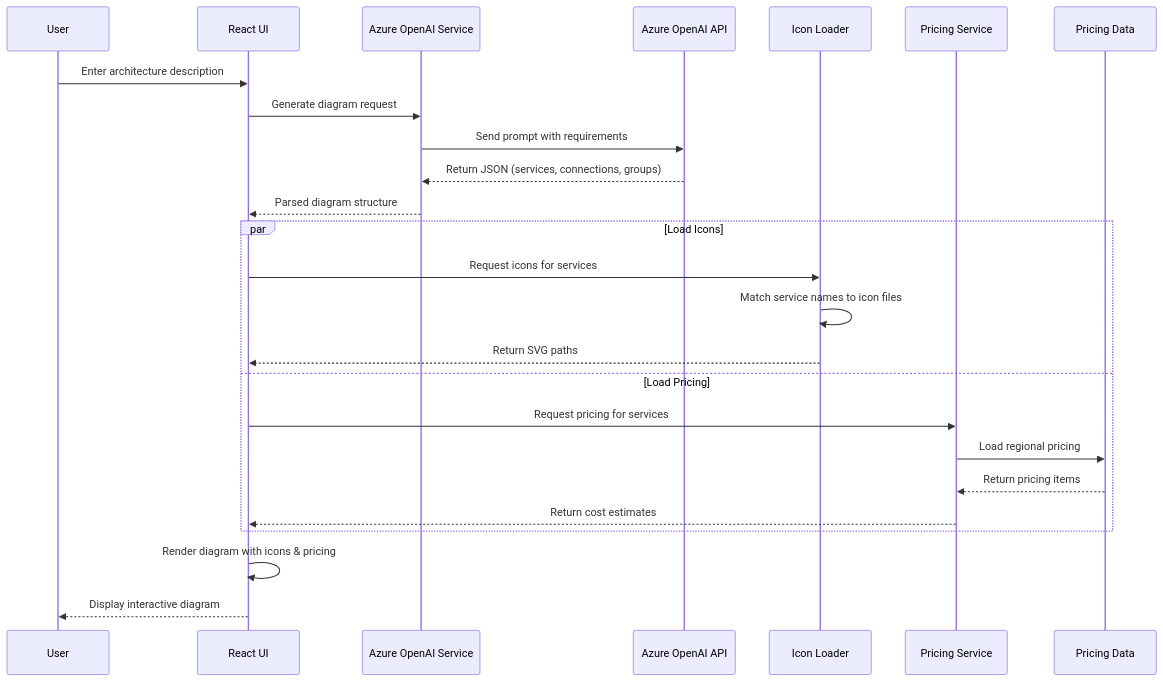
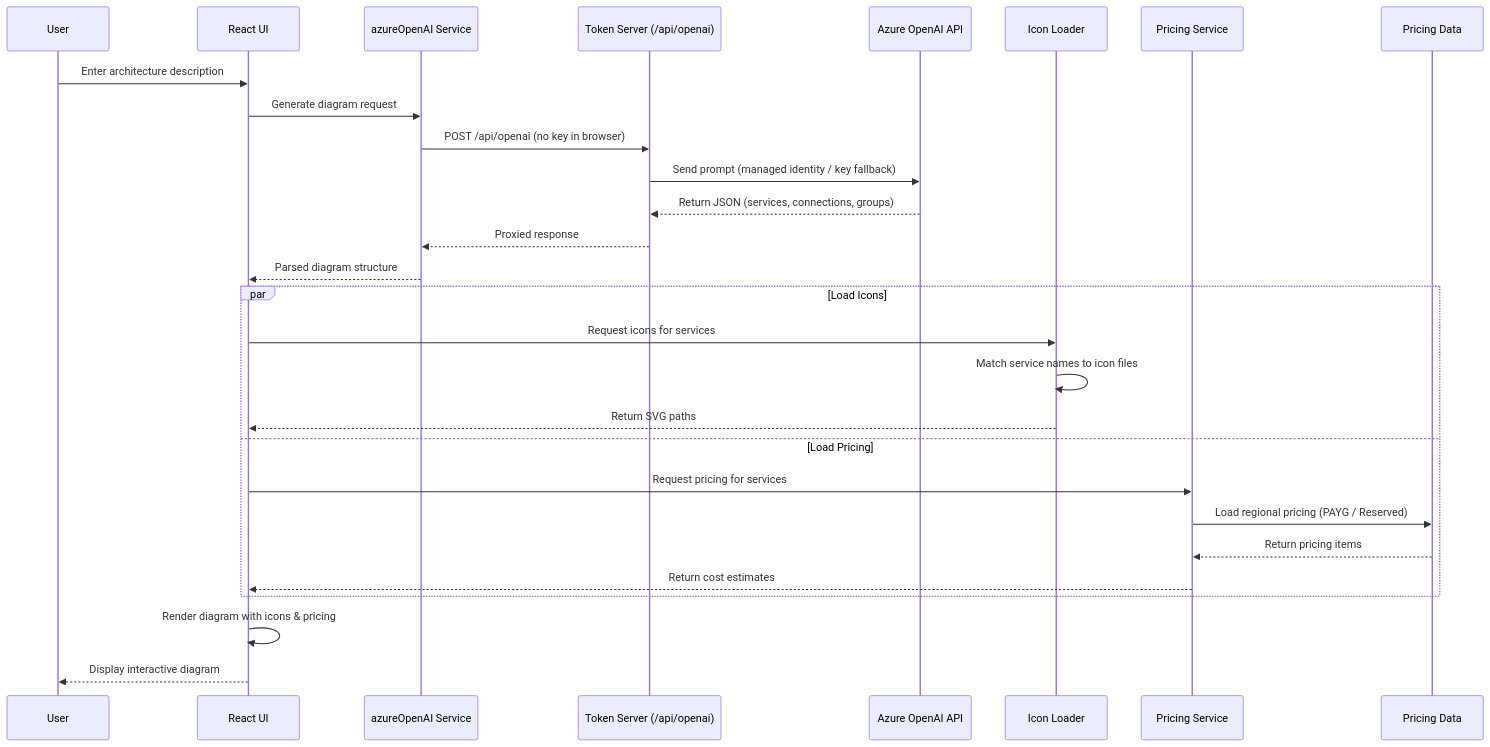
One commit to yang-jiayi/azure-architecture-diagram-builder changed the third of 5 diagrams in DOCS/ARCHITECTURE.md. Above: the diagram before and after it, drawn with Mermaid. The commit also changed other lines of this file, not shown here.

Commit message:
docs(architecture): server-proxy security model, MCP/Scout, Fabric, 12 models, 8 regions; fix stale mermaid + counts

````diff
--- a/DOCS/ARCHITECTURE.md
+++ b/DOCS/ARCHITECTURE.md
@@ -144,30 +178,33 @@
 ```mermaid
 sequenceDiagram
     participant User
     participant UI as React UI
-    participant AI as Azure OpenAI Service
+    participant AI as azureOpenAI Service
+    participant TS as Token Server (/api/openai)
     participant OpenAI as Azure OpenAI API
     participant Icons as Icon Loader
     participant Pricing as Pricing Service
     participant Data as Pricing Data
-    
+
     User->>UI: Enter architecture description
     UI->>AI: Generate diagram request
-    AI->>OpenAI: Send prompt with requirements
-    OpenAI-->>AI: Return JSON (services, connections, groups)
+    AI->>TS: POST /api/openai (no key in browser)
+    TS->>OpenAI: Send prompt (managed identity / key fallback)
+    OpenAI-->>TS: Return JSON (services, connections, groups)
+    TS-->>AI: Proxied response
     AI-->>UI: Parsed diagram structure
-    
+
     par Load Icons
         UI->>Icons: Request icons for services
         Icons->>Icons: Match service names to icon files
         Icons-->>UI: Return SVG paths
     and Load Pricing
         UI->>Pricing: Request pricing for services
-        Pricing->>Data: Load regional pricing
+        Pricing->>Data: Load regional pricing (PAYG / Reserved)
         Data-->>Pricing: Return pricing items
         Pricing-->>UI: Return cost estimates
     end
-    
+
     UI->>UI: Render diagram with icons & pricing
     UI-->>User: Display interactive diagram
 ```
````
